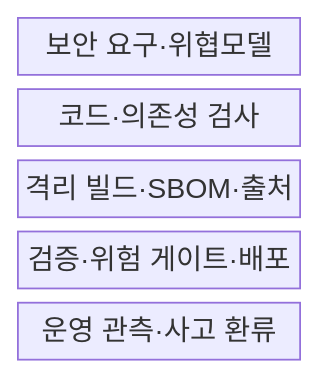
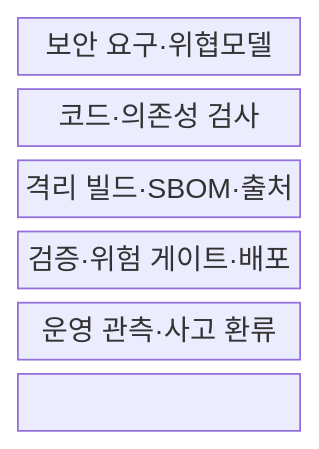
One commit to agnusdei1207/knowledge-base changed the first of 2 diagrams in src/content/docs/notes/05-security/144_devsecops_shift_left.md. Above: the diagram before and after it, drawn with Mermaid. The commit also changed other lines of this file and 151 other files, not shown here.

````diff
--- a/src/content/docs/notes/05-security/144_devsecops_shift_left.md
+++ b/src/content/docs/notes/05-security/144_devsecops_shift_left.md
@@ -56,9 +56,11 @@
 ```mermaid
 block-beta
   columns 1
   R["보안 요구·위협모델"]
   C["코드·의존성 검사"]
   B["격리 빌드·SBOM·출처"]
   G["검증·위험 게이트·배포"]
   O["운영 관측·사고 환류"]
+  R --- C --- B
+  B --- G --- O
 ```
````
